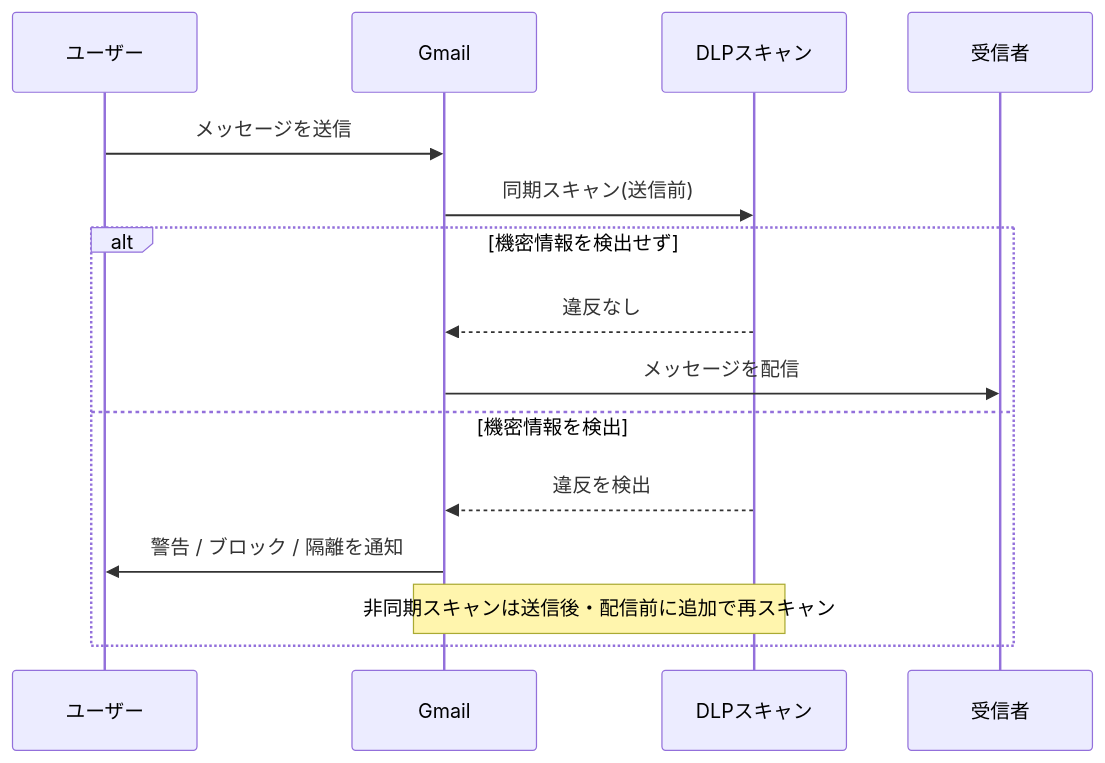
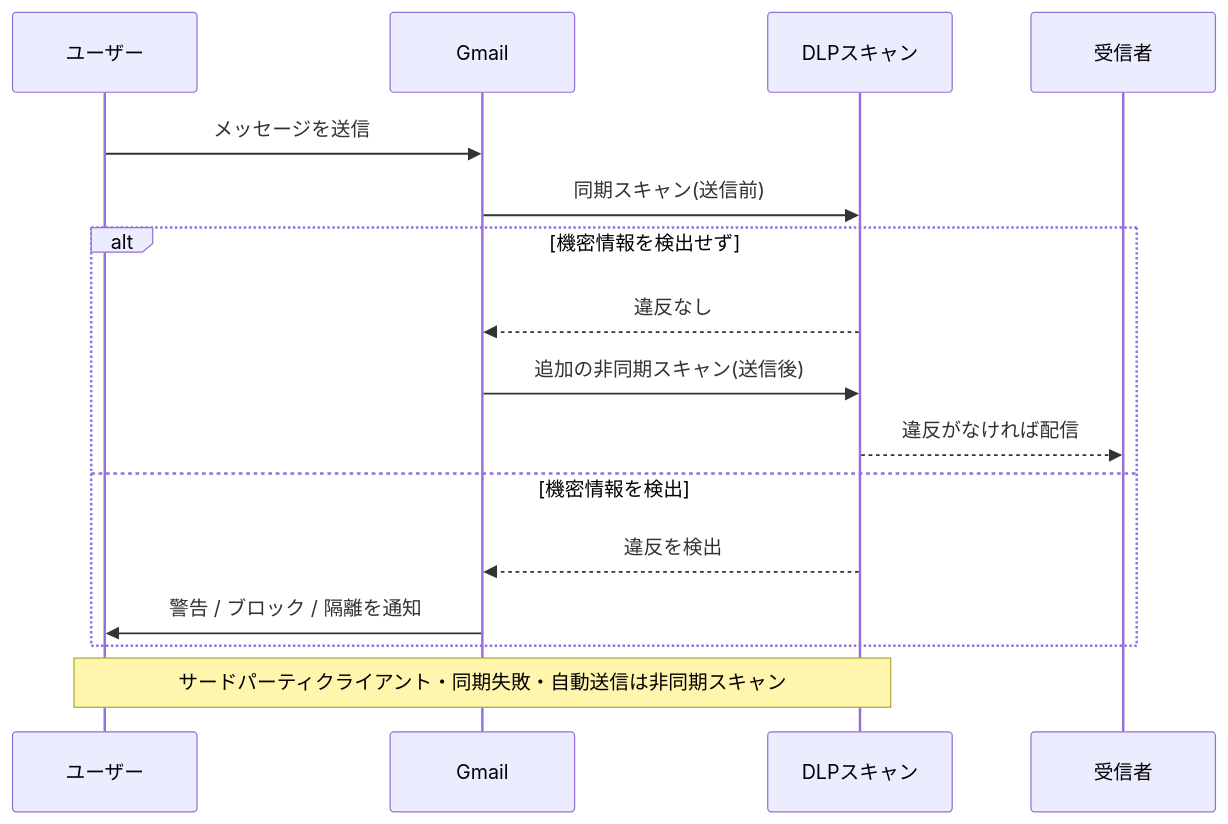
One commit to myoshi2891/Cloud-Infrastructure-Studies changed the sixth of 10 diagrams in archive/Gcl/Associate-Google-Workspace-Administrator/md/Agwa-section3-data-governance.md. Above: the diagram before and after it, drawn with Mermaid. The commit also changed other lines of this file and 4 other files, not shown here.

````diff
--- a/archive/Gcl/Associate-Google-Workspace-Administrator/md/Agwa-section3-data-governance.md
+++ b/archive/Gcl/Associate-Google-Workspace-Administrator/md/Agwa-section3-data-governance.md
@@ -324,17 +326,18 @@
 ```mermaid
 sequenceDiagram
     participant U as ユーザー
     participant G as Gmail
     participant D as DLPスキャン
     participant R as 受信者
     U->>G: メッセージを送信
     G->>D: 同期スキャン(送信前)
     alt 機密情報を検出せず
         D-->>G: 違反なし
-        G->>R: メッセージを配信
+        G->>D: 追加の非同期スキャン(送信後)
+        D-->>R: 違反がなければ配信
     else 機密情報を検出
         D-->>G: 違反を検出
         G->>U: 警告 / ブロック / 隔離を通知
-        Note over G,D: 非同期スキャンは送信後・配信前に追加で再スキャン
     end
+    Note over U,D: サードパーティクライアント・同期失敗・自動送信は非同期スキャン
 ```
````
